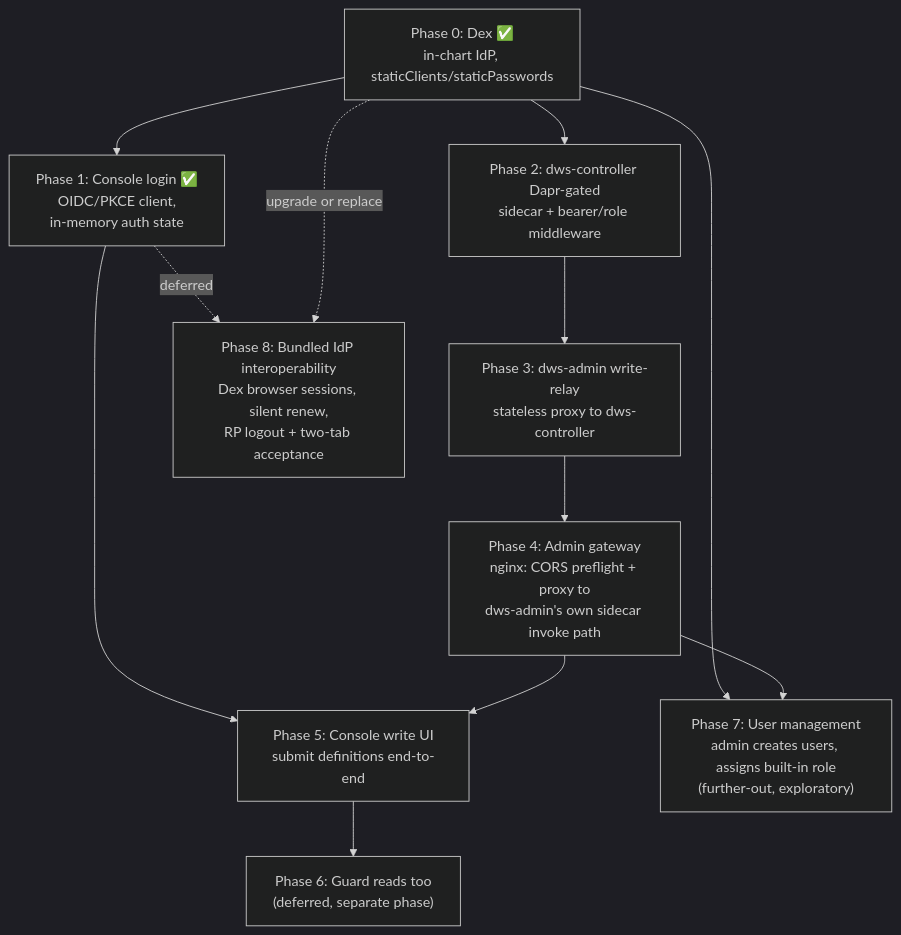
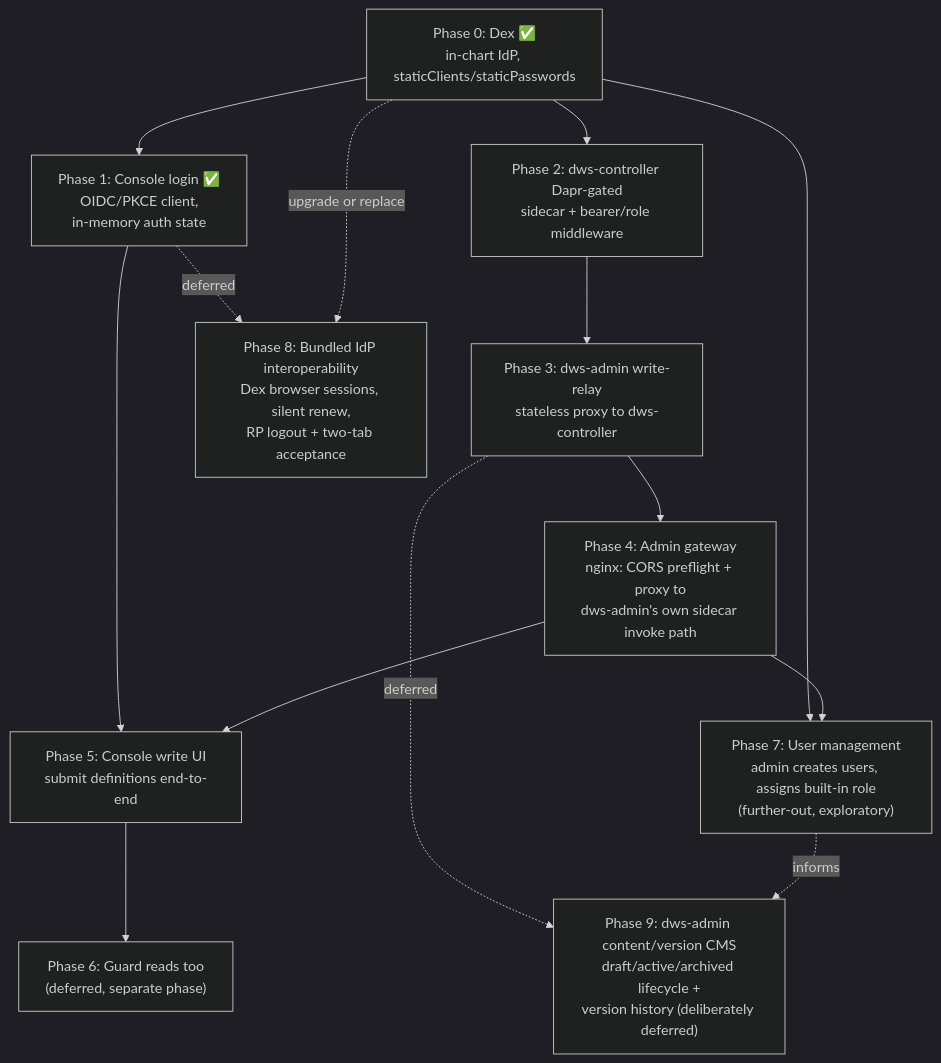
One commit to tonylibs/dapr-workflow-spec changed the diagram in docs/roadmaps/dws-auth.md. Above: the diagram before and after it, drawn with Mermaid (dark theme). The commit also changed other lines of this file, not shown here.

Commit message:
update definition submission roadmap

````diff
--- a/docs/roadmaps/dws-auth.md
+++ b/docs/roadmaps/dws-auth.md
@@ -19,14 +19,16 @@
 ```mermaid
 flowchart TD
   P0["Phase 0: Dex ✅<br/>in-chart IdP, staticClients/staticPasswords"] --> P1["Phase 1: Console login ✅<br/>OIDC/PKCE client,<br/>in-memory auth state"]
   P0 --> P2["Phase 2: dws-controller Dapr-gated<br/>sidecar + bearer/role middleware"]
   P2 --> P3["Phase 3: dws-admin write-relay<br/>stateless proxy to dws-controller"]
   P3 --> P4["Phase 4: Admin gateway<br/>nginx: CORS preflight + proxy to<br/>dws-admin's own sidecar invoke path"]
   P1 --> P5["Phase 5: Console write UI<br/>submit definitions end-to-end"]
   P4 --> P5
   P5 --> P6["Phase 6: Guard reads too<br/>(deferred, separate phase)"]
   P0 --> P7["Phase 7: User management<br/>admin creates users, assigns built-in role<br/>(further-out, exploratory)"]
   P4 --> P7
   P1 -. deferred .-> P8["Phase 8: Bundled IdP interoperability<br/>Dex browser sessions, silent renew,<br/>RP logout + two-tab acceptance"]
   P0 -. upgrade or replace .-> P8
+  P3 -. deferred .-> P9["Phase 9: dws-admin content/version CMS<br/>draft/active/archived lifecycle +<br/>version history (deliberately deferred)"]
+  P7 -.informs.-> P9
 ```
````
